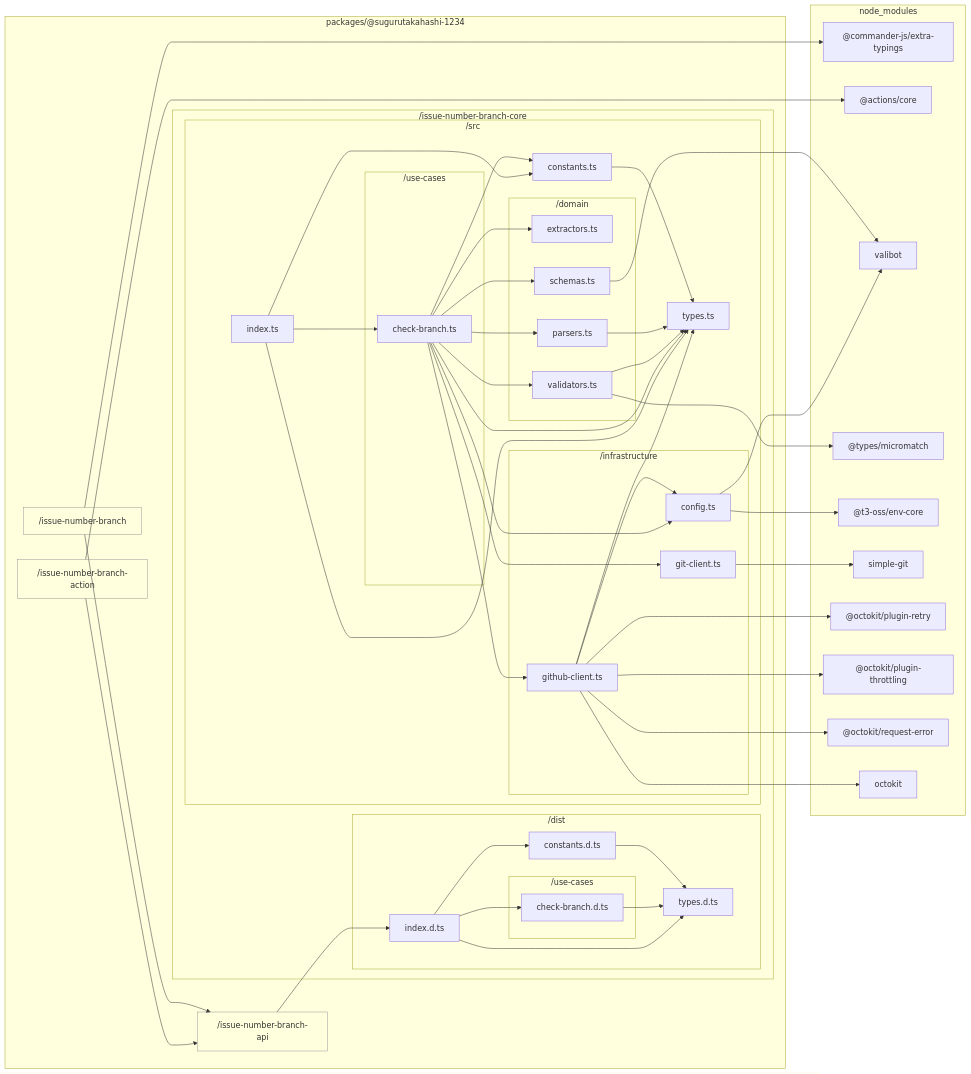
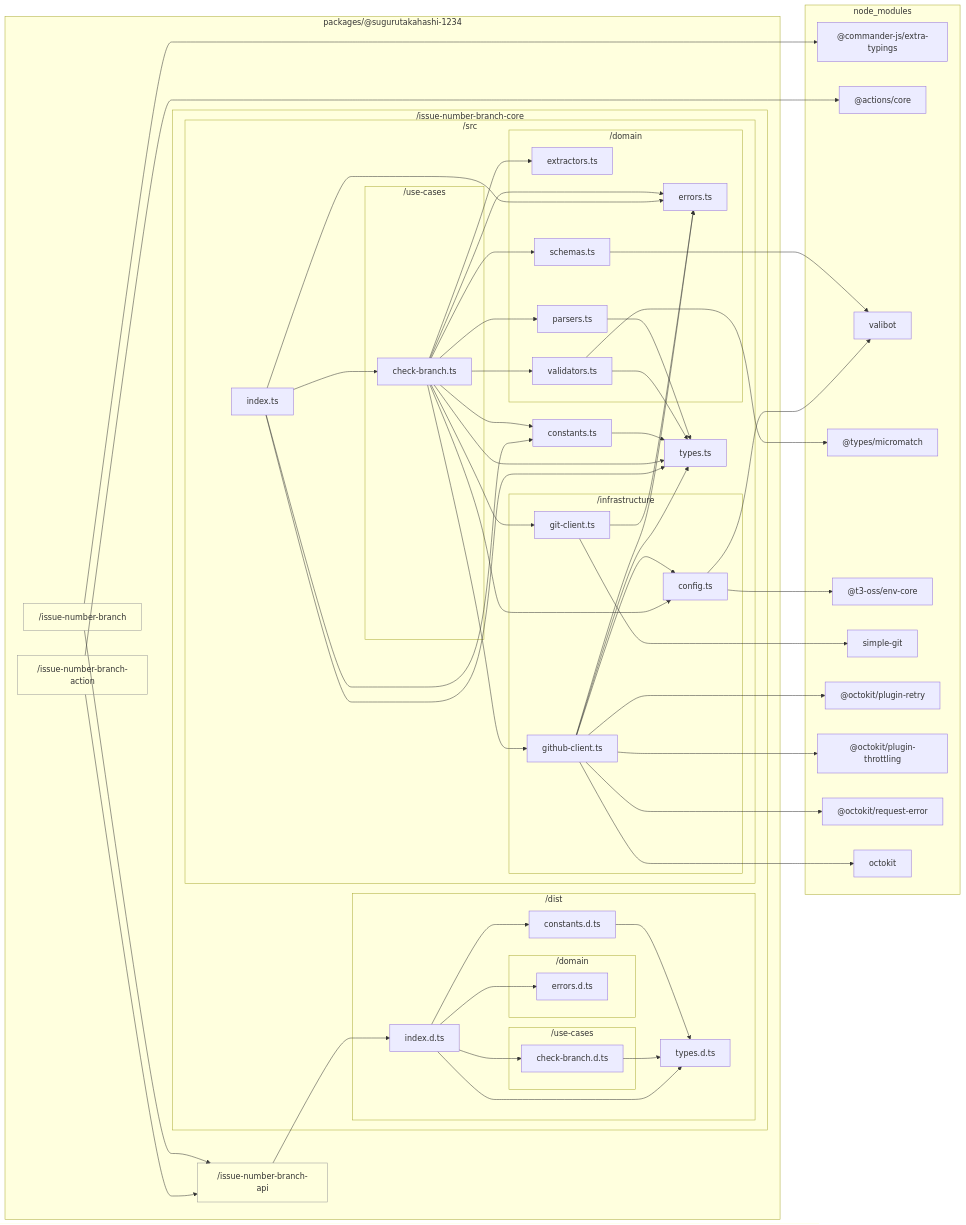
Before and after one commit to sugurutakahashi-1234/issue-linker: the diagram in docs/reports/dependencies/core.md, drawn with Mermaid. The commit also changed 11 other files, not shown here.

````diff
--- a/docs/reports/dependencies/core.md
+++ b/docs/reports/dependencies/core.md
@@ -16,6 +16,9 @@
                 packages///sugurutakahashi//1234/issue//number//branch//core/dist/types.d.ts["types.d.ts"]
                 packages///sugurutakahashi//1234/issue//number//branch//core/dist/constants.d.ts["constants.d.ts"]
                 packages///sugurutakahashi//1234/issue//number//branch//core/dist/index.d.ts["index.d.ts"]
+                subgraph packages///sugurutakahashi//1234/issue//number//branch//core/dist/domain["/domain"]
+                    packages///sugurutakahashi//1234/issue//number//branch//core/dist/domain/errors.d.ts["errors.d.ts"]
+                end
                 subgraph packages///sugurutakahashi//1234/issue//number//branch//core/dist/use//cases["/use-cases"]
                     packages///sugurutakahashi//1234/issue//number//branch//core/dist/use//cases/check//branch.d.ts["check-branch.d.ts"]
                 end
@@ -25,6 +28,7 @@
                 packages///sugurutakahashi//1234/issue//number//branch//core/src/constants.ts["constants.ts"]
                 packages///sugurutakahashi//1234/issue//number//branch//core/src/index.ts["index.ts"]
                 subgraph packages///sugurutakahashi//1234/issue//number//branch//core/src/domain["/domain"]
+                    packages///sugurutakahashi//1234/issue//number//branch//core/src/domain/errors.ts["errors.ts"]
                     packages///sugurutakahashi//1234/issue//number//branch//core/src/domain/extractors.ts["extractors.ts"]
                     packages///sugurutakahashi//1234/issue//number//branch//core/src/domain/parsers.ts["parsers.ts"]
                     packages///sugurutakahashi//1234/issue//number//branch//core/src/domain/schemas.ts["schemas.ts"]
@@ -56,6 +60,7 @@
     packages///sugurutakahashi//1234/issue//number//branch//core/dist/constants.d.ts-->packages///sugurutakahashi//1234/issue//number//branch//core/dist/types.d.ts
     packages///sugurutakahashi//1234/issue//number//branch//core/dist/use//cases/check//branch.d.ts-->packages///sugurutakahashi//1234/issue//number//branch//core/dist/types.d.ts
     packages///sugurutakahashi//1234/issue//number//branch//core/dist/index.d.ts-->packages///sugurutakahashi//1234/issue//number//branch//core/dist/constants.d.ts
+    packages///sugurutakahashi//1234/issue//number//branch//core/dist/index.d.ts-->packages///sugurutakahashi//1234/issue//number//branch//core/dist/domain/errors.d.ts
     packages///sugurutakahashi//1234/issue//number//branch//core/dist/index.d.ts-->packages///sugurutakahashi//1234/issue//number//branch//core/dist/types.d.ts
     packages///sugurutakahashi//1234/issue//number//branch//core/dist/index.d.ts-->packages///sugurutakahashi//1234/issue//number//branch//core/dist/use//cases/check//branch.d.ts
     packages///sugurutakahashi//1234/issue//number//branch//api-->packages///sugurutakahashi//1234/issue//number//branch//core/dist/index.d.ts
@@ -71,13 +76,16 @@
     packages///sugurutakahashi//1234/issue//number//branch//core/src/infrastructure/config.ts-->node//modules///t3//oss/env//core/dist/index.d.ts
     packages///sugurutakahashi//1234/issue//number//branch//core/src/infrastructure/config.ts-->node//modules/valibot/dist/index.d.cts
     packages///sugurutakahashi//1234/issue//number//branch//core/src/infrastructure/git//client.ts-->node//modules/simple//git/dist/typings/index.d.ts
+    packages///sugurutakahashi//1234/issue//number//branch//core/src/infrastructure/git//client.ts-->packages///sugurutakahashi//1234/issue//number//branch//core/src/domain/errors.ts
     packages///sugurutakahashi//1234/issue//number//branch//core/src/infrastructure/github//client.ts-->node//modules///octokit/plugin//retry/dist//types/index.d.ts
     packages///sugurutakahashi//1234/issue//number//branch//core/src/infrastructure/github//client.ts-->node//modules///octokit/plugin//throttling/dist//types/index.d.ts
     packages///sugurutakahashi//1234/issue//number//branch//core/src/infrastructure/github//client.ts-->node//modules///octokit/request//error/dist//types/index.d.ts
     packages///sugurutakahashi//1234/issue//number//branch//core/src/infrastructure/github//client.ts-->node//modules/octokit/dist//types/index.d.ts
+    packages///sugurutakahashi//1234/issue//number//branch//core/src/infrastructure/github//client.ts-->packages///sugurutakahashi//1234/issue//number//branch//core/src/domain/errors.ts
     packages///sugurutakahashi//1234/issue//number//branch//core/src/infrastructure/github//client.ts-->packages///sugurutakahashi//1234/issue//number//branch//core/src/types.ts
     packages///sugurutakahashi//1234/issue//number//branch//core/src/infrastructure/github//client.ts-->packages///sugurutakahashi//1234/issue//number//branch//core/src/infrastructure/config.ts
     packages///sugurutakahashi//1234/issue//number//branch//core/src/use//cases/check//branch.ts-->packages///sugurutakahashi//1234/issue//number//branch//core/src/constants.ts
+    packages///sugurutakahashi//1234/issue//number//branch//core/src/use//cases/check//branch.ts-->packages///sugurutakahashi//1234/issue//number//branch//core/src/domain/errors.ts
     packages///sugurutakahashi//1234/issue//number//branch//core/src/use//cases/check//branch.ts-->packages///sugurutakahashi//1234/issue//number//branch//core/src/domain/extractors.ts
     packages///sugurutakahashi//1234/issue//number//branch//core/src/use//cases/check//branch.ts-->packages///sugurutakahashi//1234/issue//number//branch//core/src/domain/parsers.ts
     packages///sugurutakahashi//1234/issue//number//branch//core/src/use//cases/check//branch.ts-->packages///sugurutakahashi//1234/issue//number//branch//core/src/domain/schemas.ts
@@ -87,6 +95,7 @@
     packages///sugurutakahashi//1234/issue//number//branch//core/src/use//cases/check//branch.ts-->packages///sugurutakahashi//1234/issue//number//branch//core/src/infrastructure/github//client.ts
     packages///sugurutakahashi//1234/issue//number//branch//core/src/use//cases/check//branch.ts-->packages///sugurutakahashi//1234/issue//number//branch//core/src/types.ts
     packages///sugurutakahashi//1234/issue//number//branch//core/src/index.ts-->packages///sugurutakahashi//1234/issue//number//branch//core/src/constants.ts
+    packages///sugurutakahashi//1234/issue//number//branch//core/src/index.ts-->packages///sugurutakahashi//1234/issue//number//branch//core/src/domain/errors.ts
     packages///sugurutakahashi//1234/issue//number//branch//core/src/index.ts-->packages///sugurutakahashi//1234/issue//number//branch//core/src/types.ts
     packages///sugurutakahashi//1234/issue//number//branch//core/src/index.ts-->packages///sugurutakahashi//1234/issue//number//branch//core/src/use//cases/check//branch.ts
 ```
````
